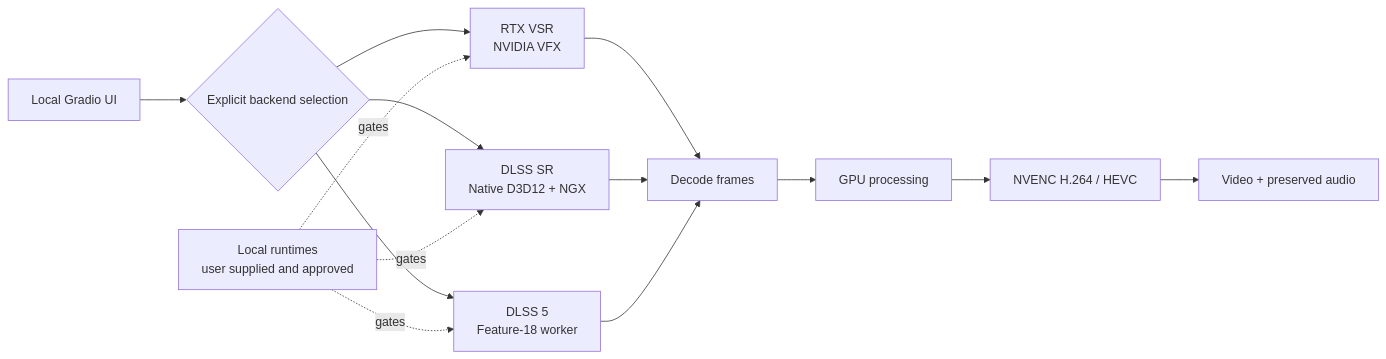
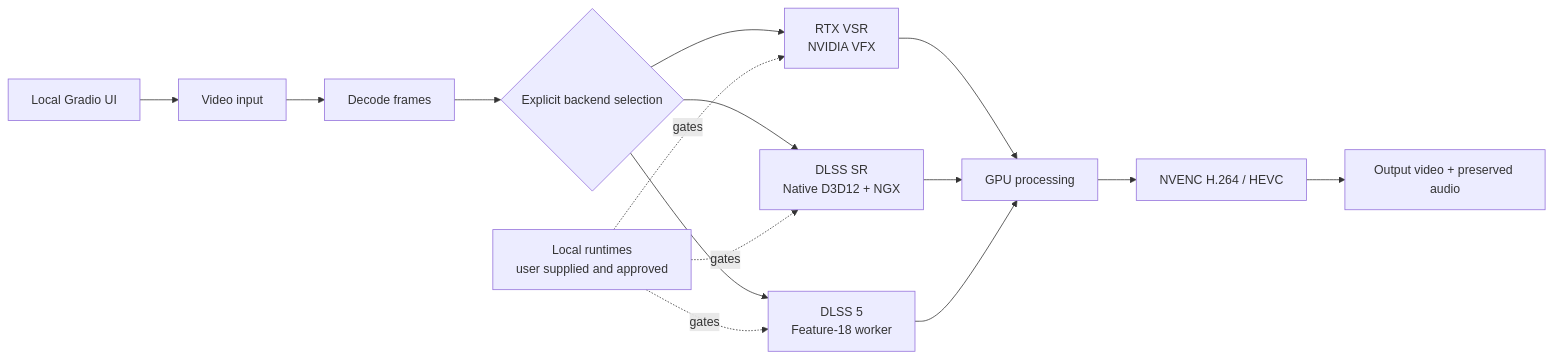
One commit to jyu041/dlss-rtxsr-upscaler changed the diagram in README.md. Above: the diagram before and after it, drawn with Mermaid. The commit also changed other lines of this file, not shown here.

Commit message:
docs: polish readme onboarding

````diff
--- a/README.md
+++ b/README.md
@@ -48,16 +48,17 @@
 ```mermaid
 flowchart LR
-    A[Local Gradio UI] --> B{Explicit backend selection}
-    B --> C[RTX VSR\nNVIDIA VFX]
-    B --> D[DLSS SR\nNative D3D12 + NGX]
-    B --> E[DLSS 5\nFeature-18 worker]
-    C --> F[Decode frames]
-    D --> F
-    E --> F
-    F --> G[GPU processing]
-    G --> H[NVENC H.264 / HEVC]
-    H --> I[Video + preserved audio]
-    J[Local runtimes\nuser supplied and approved] -. gates .-> C
-    J -. gates .-> D
-    J -. gates .-> E
+    A[Local Gradio UI] --> B[Video input]
+    B --> C[Decode frames]
+    C --> D{Explicit backend selection}
+    D --> E[RTX VSR<br/>NVIDIA VFX]
+    D --> F[DLSS SR<br/>Native D3D12 + NGX]
+    D --> G[DLSS 5<br/>Feature-18 worker]
+    E --> H[GPU processing]
+    F --> H
+    G --> H
+    H --> I[NVENC H.264 / HEVC]
+    I --> J[Output video + preserved audio]
+    K[Local runtimes<br/>user supplied and approved] -. gates .-> E
+    K -. gates .-> F
+    K -. gates .-> G
 ```
````
